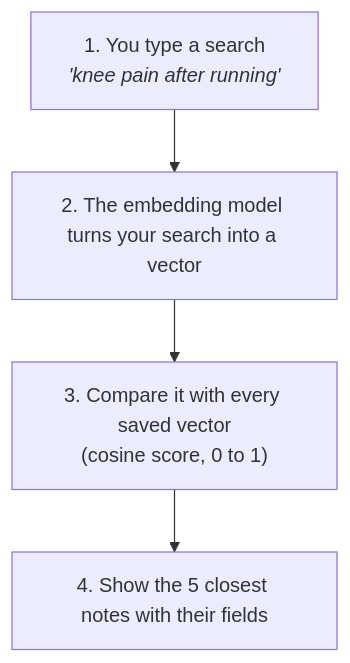
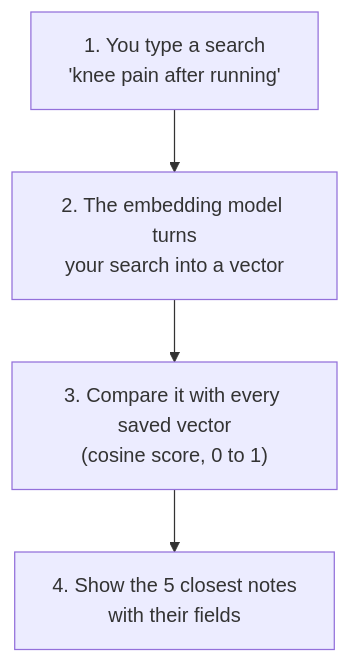
Before and after one commit to sabrahermassi/injury-journal-ai-agent: the second of 2 diagrams in README.md, drawn with Mermaid. The commit also changed other lines of this file and 1 other file, not shown here.

````diff
--- a/README.md
+++ b/README.md
@@ -22,8 +22,8 @@
 ```mermaid
 flowchart TD
-    A["1. You type a search<br/><i>'knee pain after running'</i>"]
-    B["2. The embedding model turns your search into a vector"]
+    A["1. You type a search<br/>'knee pain after running'"]
+    B["2. The embedding model turns<br/>your search into a vector"]
     C["3. Compare it with every saved vector<br/>(cosine score, 0 to 1)"]
-    D["4. Show the 5 closest notes with their fields"]
+    D["4. Show the 5 closest notes<br/>with their fields"]
     A --> B --> C --> D
 ```
````
